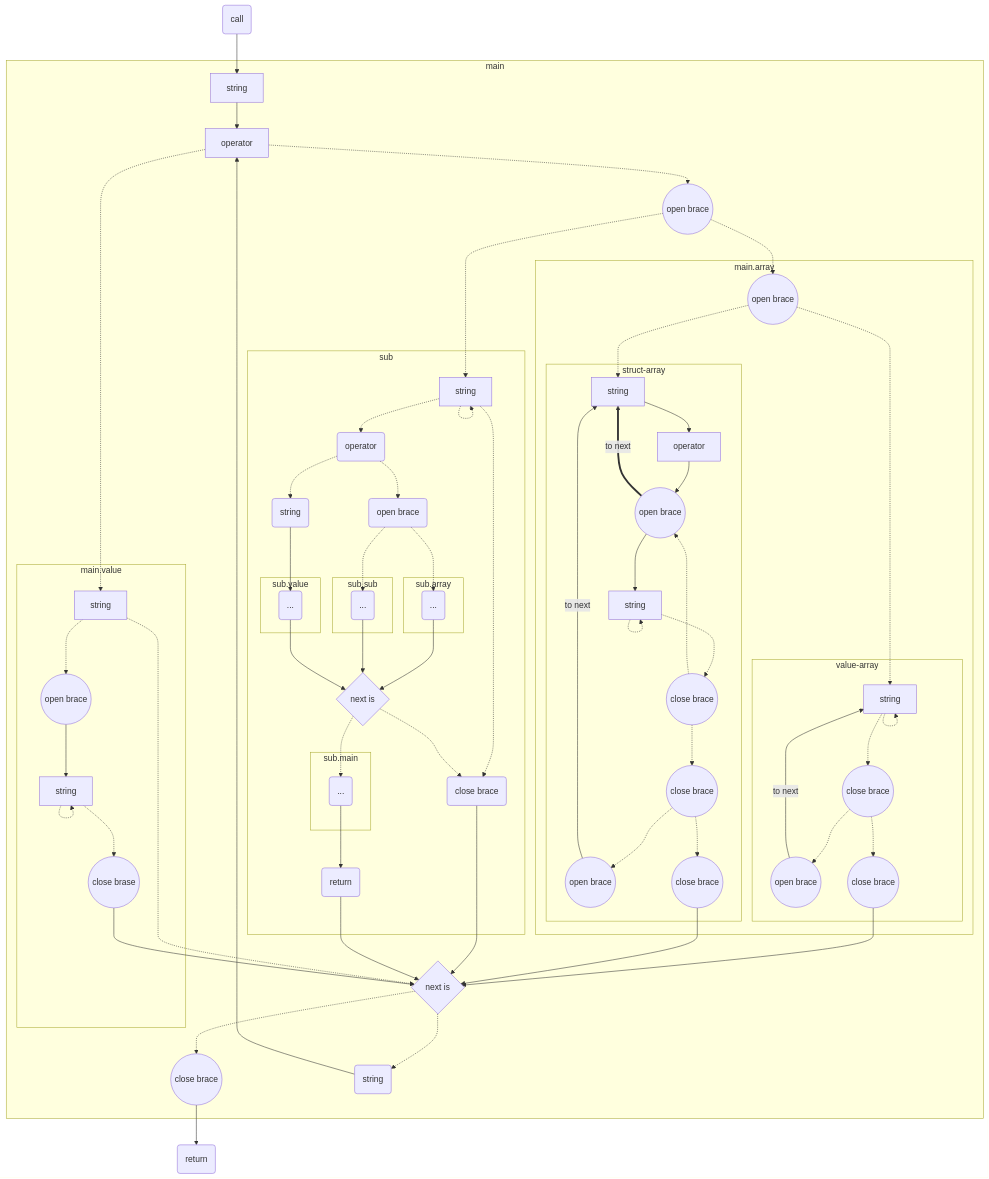
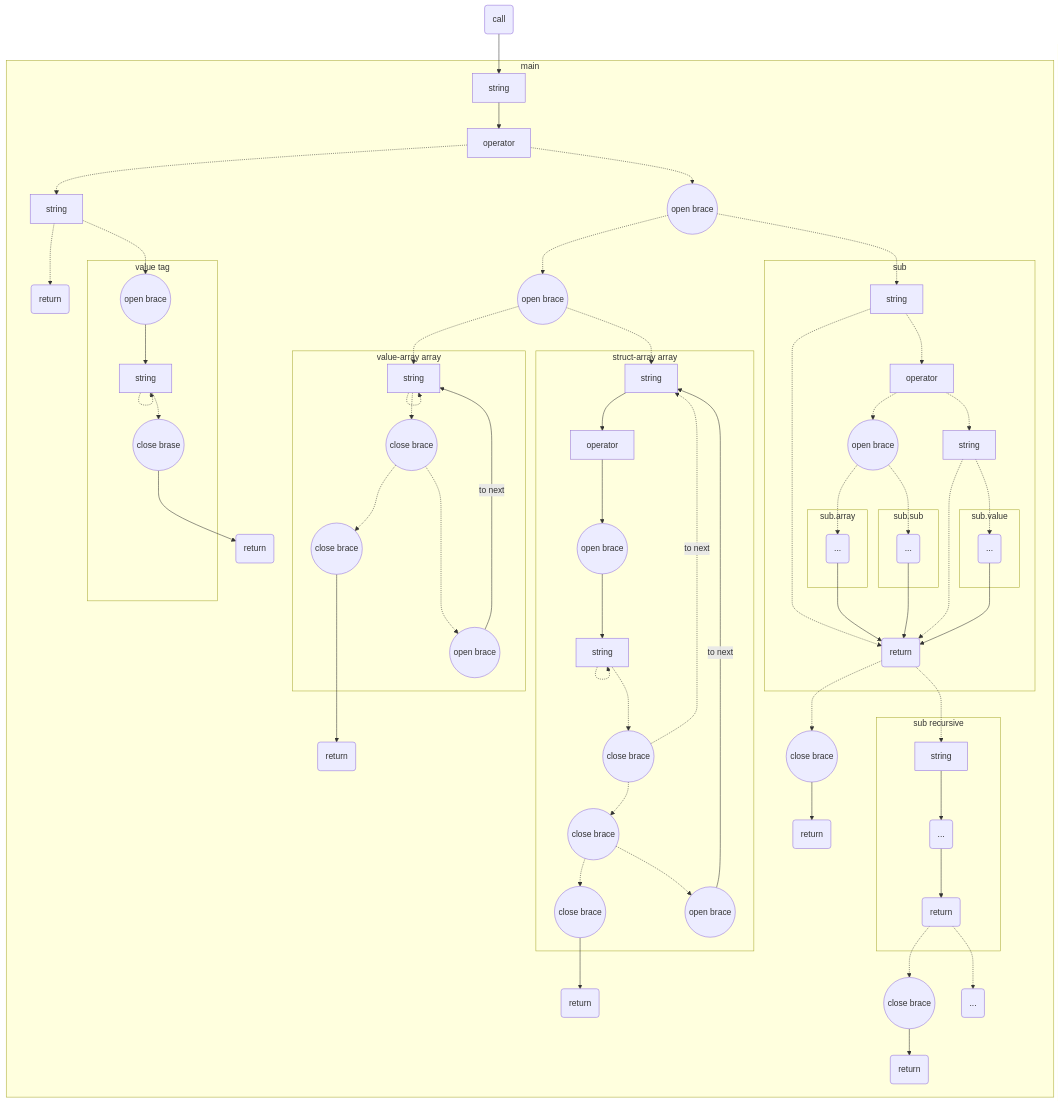
The diagram in modding analysis/parser build/_parser_chain/parser chain.md (Supheria/FocusTree), drawn with Mermaid before and after one commit. The commit also changed other lines of this file and 15 other files, not shown here.

````diff
--- a/modding analysis/parser build/_parser_chain/parser chain.md
+++ b/modding analysis/parser build/_parser_chain/parser chain.md
@@ -2,89 +2,115 @@
 ```mermaid
 graph
-
-main.call(call) --> main.key[string]
-
-main.closeb --> main.return(return)
-
-subgraph main
-    main.nextis{next is} -.-> main.nextkey(string) --> main.op
-    main.nextis -.-> main.closeb((close brace))
-
+    main.call(call) --> main.key[string]
+    subgraph main
+        main.key --> main.op[operator]
+    end
 
     %% value
-    main.key --> main.op[operator] -.-> main.value.key[string] -.-> main.nextis
-    subgraph main.value
-       main.value.key -.-> main.value.openb((open brace)) --> main.value.next.key[string] -.-> main.value.next.key -.-> main.value.closeb((close brase))
+    subgraph main
+        main.op -.-> main.value[string]
+        main.value -.-> main.value.return(return)
     end
-    main.value.closeb --> main.nextis
 
+    %% value tag
+    subgraph main
+        main.value -.-> main.value.openb((open brace))
+        subgraph value tag
+            
+            main.value.openb --> main.value.tag[string]
 
-    main.op -.-> main.openb((open brace))
-    
+            main.value.tag -.-> main.value.tag
+            main.value.tag -.-> main.value.closeb((close brase))
+        end
+        main.value.closeb --> main.value.tag.return(return)
+    end
 
     %% array
-    main.openb -.-> main.array.openb((open brace))
+    subgraph main
+        main.op -.-> main.openb((open brace))
+        main.openb -.-> main.array.openb((open brace))
+    end
 
-    subgraph main.array
-        main.array.openb((open brace)) -.-> varr.ele.key[string] -.->varr.ele.key
-        
-        %% value-array array
-        subgraph value-array
-            varr.ele.key -.-> varr.ele.closeb((close brace))
-            varr.ele.closeb -.-> varr.ele.openb((open brace)) --> |to next| varr.ele.key
+    %% value-array array
+    subgraph main
+        subgraph value-array array
+            main.array.openb -.-> varr.ele[string]
+
+            varr.ele -.->varr.ele
+            varr.ele -.-> varr.ele.closeb((close brace))
+
             varr.ele.closeb -.-> varr.closeb((close brace))
+            varr.ele.closeb -.-> varr.ele.openb((open brace))
+
+            varr.ele.openb ----> |to next| varr.ele
         end
+        varr.closeb ---> main.varr.return(return)
     end
-    varr.closeb((close brace)) --> main.nextis
 
-    subgraph main.array
-        main.array.openb -.-> sarr.ele.key[string]
+    %% struct-array array
+    subgraph main
+        subgraph struct-array array
+            main.array.openb -.-> sarr.ele.key[string]
+            sarr.ele.key --> sarr.ele.op[operator]
+            sarr.ele.op --> sarr.ele.value.openb((open brace))
+            sarr.ele.value.openb --> sarr.ele.value.key[string]
 
-        %% struct-array array
-        subgraph struct-array
-            sarr.ele.key --> sarr.ele.op[operator] --> sarr.ele.value.openb((open brace)) --> sarr.ele.value.key[string] -.-> sarr.ele.value.key -.-> sarr.ele.value.closeb((close brace))
-            sarr.ele.value.closeb -.-> sarr.ele.value.openb ==> |to next| sarr.ele.key
+            sarr.ele.value.key -.-> sarr.ele.value.key
+            sarr.ele.value.key -.-> sarr.ele.value.closeb((close brace))
+
+            sarr.ele.value.closeb -.-> |to next| sarr.ele.key
             sarr.ele.value.closeb -.-> sarr.ele.closeb((close brace))
-            sarr.ele.closeb -.-> sarr.ele.openb((open brace)) ---> |to next| sarr.ele.key
+
             sarr.ele.closeb -.-> sarr.closeb((close brace))
+            sarr.ele.closeb -.-> sarr.ele.openb((open brace))
+
+            sarr.ele.openb --> |to next| sarr.ele.key
         end
+        sarr.closeb --> main.sarr.return(return)
     end
-    sarr.closeb --> main.nextis
 
+    %% sub
+    subgraph main
+        subgraph sub
+            main.openb -.-> sub.key[string]
+            sub.key -.-> sub.return
+            sub.key -.-> sub.op[operator]
+            sub.op -.-> sub.openb((open brace))
 
-    main.openb -.-> sub.key[string]
+            sub.op -.-> sub.value.key[string]
+            sub.value.key -.-> sub.return
+            sub.value.key -.-> sub.value.omit(...)
+            sub.value.omit --> sub.return
 
-    subgraph sub
-        sub.key -.-> sub.key -.-> sub.closeb(close brace)
-    end
-    sub.closeb(close brace) --> main.nextis
+            subgraph sub.value
+                sub.value.omit
+            end
 
-    subgraph sub
-        sub.key -.-> sub.op(operator) -.-> sub.openb(open brace)
+            sub.openb -.-> sub.array.omit(...)
+            sub.array.omit --> sub.return(return)
+            subgraph sub.array
+                sub.array.omit
+            end
 
-        sub.openb -.-> omitarr(...) --> sub.nextis{next is}
-        subgraph sub.array
-            omitarr
+            sub.openb -.-> sub.sub.omit(...)
+            sub.sub.omit --> sub.return
+            subgraph sub.sub
+                sub.sub.omit
+            end
         end
-
-        sub.openb -.-> omitsub(...) --> sub.nextis
-        subgraph sub.sub
-            omitsub
-        end
-        
-        sub.op -.-> sub.value.key(string) --> omitval(...) --> sub.nextis
-        subgraph sub.value
-            omitval
-        end
-
-        sub.nextis -.-> omitmain(...)
-        subgraph sub.main
-            omitmain
-        end
-        sub.nextis -.-> sub.closeb(close brace)
-        omitmain --> sub.main.return(return)
+        sub.return -.-> sub.closeb((close brace))
+        sub.closeb --> main.sub.return(return)
     end
     
-    sub.main.return --> main.nextis
-end
+    %% sub recursive
+    subgraph main
+        sub.return -.-> subr.key[string]
+        subgraph sub recursive
+            subr.key --> subr.key.omit(...) --> subr.return(return)
+        end
+        subr.return -.-> subr.closeb((close brace))
+        subr.return -.-> subr.omit(...)
+        
+        subr.closeb --> main.subr.return(return)
+    end
 ```
````
